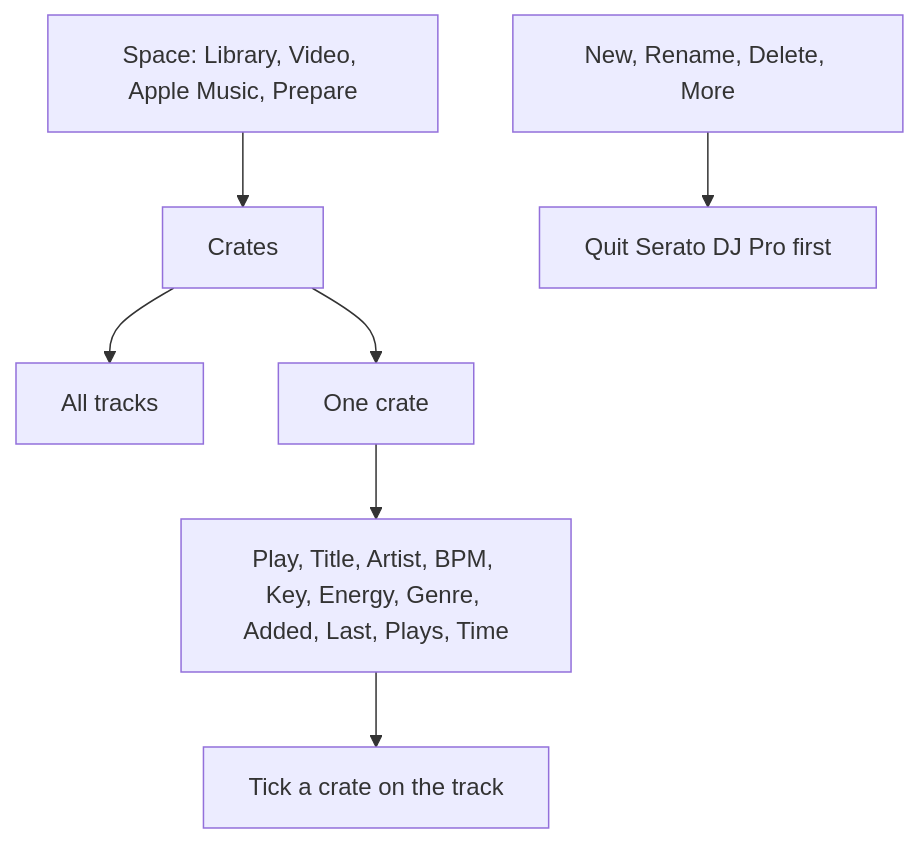
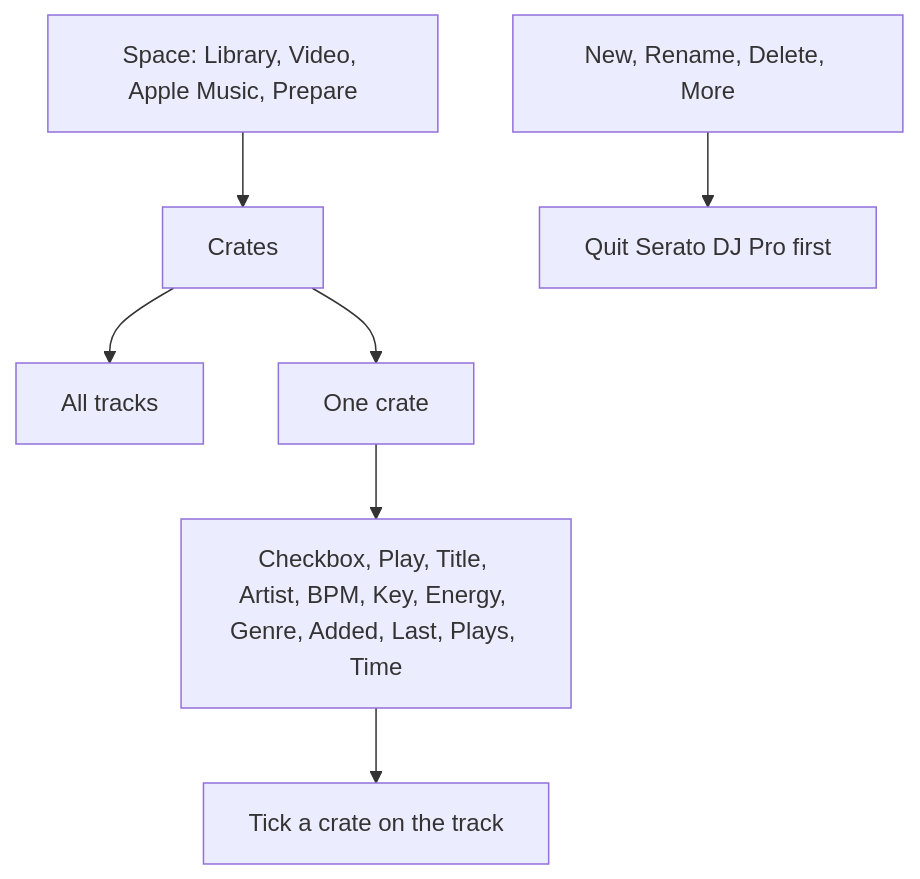
The diagram in docs/wiki/Crates.md (mookiejones/crateCraft), drawn with Mermaid before and after one commit. The commit also changed other lines of this file and 31 other files, not shown here.

````diff
--- a/docs/wiki/Crates.md
+++ b/docs/wiki/Crates.md
@@ -10,9 +10,9 @@
 ```mermaid
 flowchart TD
   space["Space: Library, Video, Apple Music, Prepare"] --> crates["Crates"]
   crates --> all["All tracks"]
   crates --> one["One crate"]
-  one --> tracks["Play, Title, Artist, BPM, Key, Energy, Genre, Added, Last, Plays, Time"]
+  one --> tracks["Checkbox, Play, Title, Artist, BPM, Key, Energy, Genre, Added, Last, Plays, Time"]
   tracks --> tick["Tick a crate on the track"]
   tools["New, Rename, Delete, More"] --> quit["Quit Serato DJ Pro first"]
 ```
````
